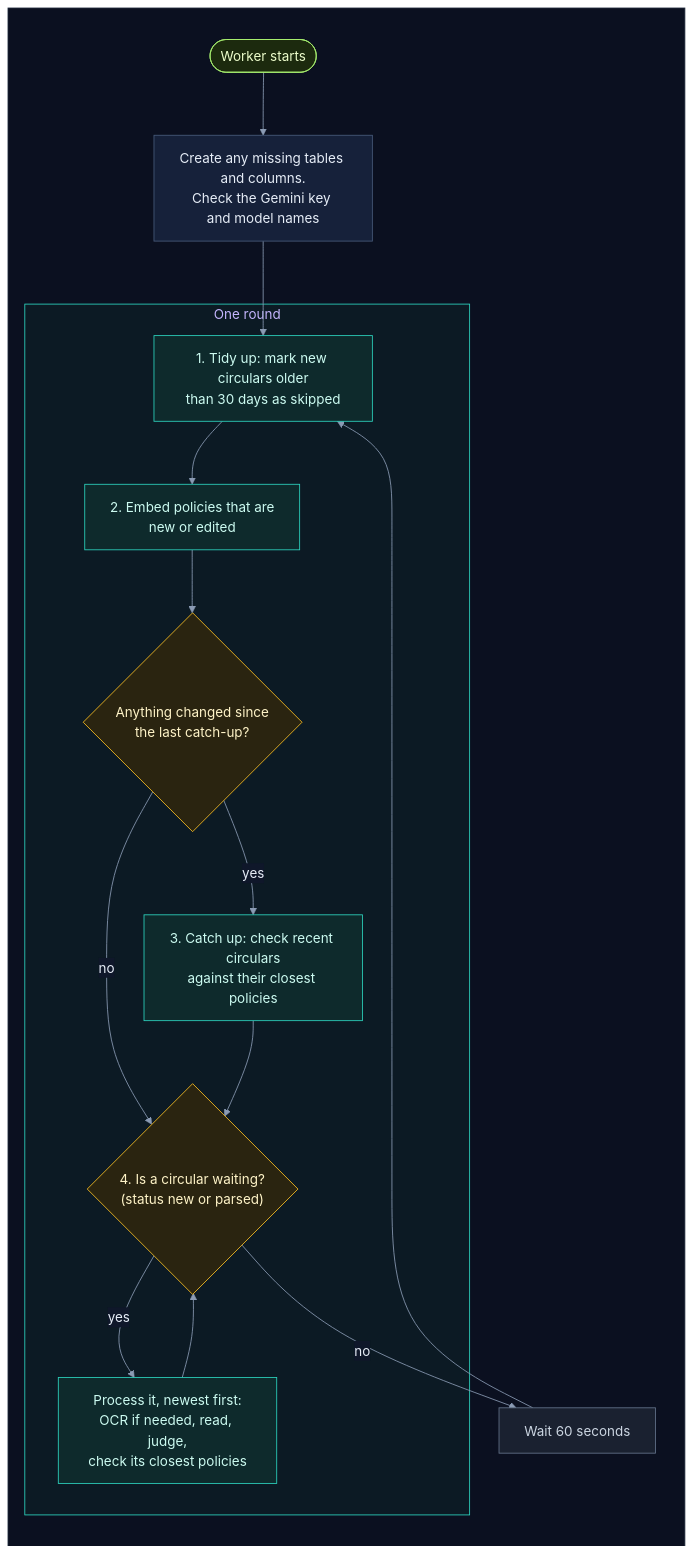
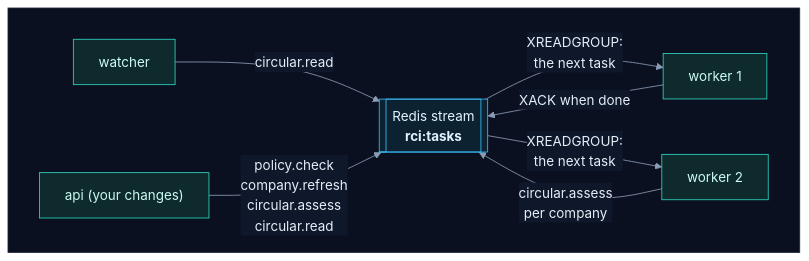
One commit to selvakumarperumal/Regulatory_Circular_Impact_Agent changed the third of 22 diagrams in how_it_works.md. Above: the diagram before and after it, drawn with Mermaid. The commit also changed other lines of this file and 8 other files, not shown here.

Commit message:
Document the task queue and multi-company design

````diff
--- a/how_it_works.md
+++ b/how_it_works.md
@@ -207,36 +220,26 @@
 ```mermaid
 %%{init: {"theme": "base", "flowchart": {"diagramPadding": 0}, "themeVariables": {"darkMode": true, "primaryColor": "#16213a", "primaryTextColor": "#e6edf7", "primaryBorderColor": "#475a7a", "lineColor": "#8b9bb4", "secondaryColor": "#1b2436", "tertiaryColor": "#101a2e", "edgeLabelBackground": "#0f172a", "textColor": "#e2e8f0", "clusterBkg": "#0f1728", "clusterBorder": "#2b3a55", "titleColor": "#c4b5fd", "nodeTextColor": "#e6edf7"}}}%%
-flowchart TD
+flowchart LR
     subgraph canvas[" "]
-        direction TB
-        boot(["Worker starts"]) --> init["Create any missing tables and columns.<br/>Check the Gemini key and model names"]
-        init --> r1
-        subgraph round["One round"]
-            r1["1. Tidy up: mark new circulars older<br/>than 30 days as skipped"] --> r2["2. Embed policies that are<br/>new or edited"]
-            r2 --> r3{"Anything changed since<br/>the last catch-up?"}
-            r3 -->|yes| r4["3. Catch up: check recent circulars<br/>against their closest policies"]
-            r3 -->|no| r5
-            r4 --> r5{"4. Is a circular waiting?<br/>(status new or parsed)"}
-            r5 -->|yes| r6["Process it, newest first:<br/>OCR if needed, read, judge,<br/>check its closest policies"]
-            r6 --> r5
-        end
-        r5 -->|no| wait["Wait 60 seconds"]
-        wait --> r1
+        direction LR
+        W["watcher"] -->|"circular.read"| Q[["Redis stream<br/><b>rci:tasks</b>"]]
+        A["api (your changes)"] -->|"policy.check<br/>company.refresh<br/>circular.assess<br/>circular.read"| Q
+        Q -->|"XREADGROUP:<br/>the next task"| K1["worker 1"]
+        Q -->|"XREADGROUP:<br/>the next task"| K2["worker 2"]
+        K1 -->|"XACK when done"| Q
+        K2 -->|"circular.assess<br/>per company"| Q
     end
-
     classDef svc fill:#0e2a2c,stroke:#2dd4bf,color:#ccfbf1
     classDef data fill:#1c1a47,stroke:#818cf8,color:#e0e7ff
     classDef ext fill:#2a1640,stroke:#c084fc,color:#f3e8ff
     classDef gpu fill:#2d1b0c,stroke:#fb923c,color:#ffedd5
     classDef ask fill:#2a2410,stroke:#fbbf24,color:#fef3c7
     classDef ok fill:#0b2a1c,stroke:#34d399,color:#d1fae5
     classDef bad fill:#2e0f17,stroke:#fb7185,color:#ffe4e6
     classDef start fill:#1c2a0e,stroke:#a7ef6f,color:#ecfccb
     classDef muted fill:#1a2130,stroke:#64748b,color:#cbd5e1
-    class boot start
-    class r1,r2,r4,r6 svc
-    class r3,r5 ask
-    class wait muted
-    style round fill:#0c1a24,stroke:#2dd4bf
+    classDef queue fill:#0c2231,stroke:#38bdf8,color:#e0f2fe
+    class W,A,K1,K2 svc
+    class Q queue
     style canvas fill:#0b1020,stroke:#1e293b,color:#0b1020
 ```
````
